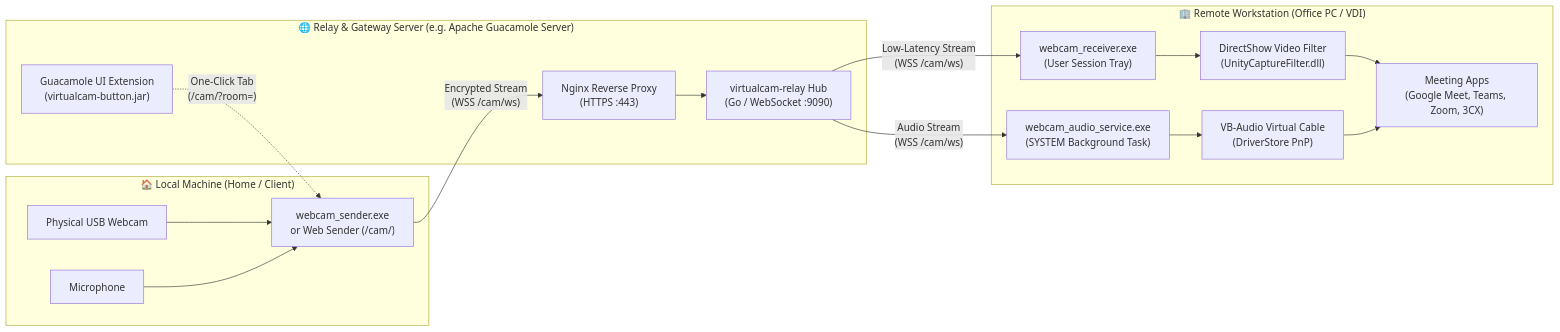
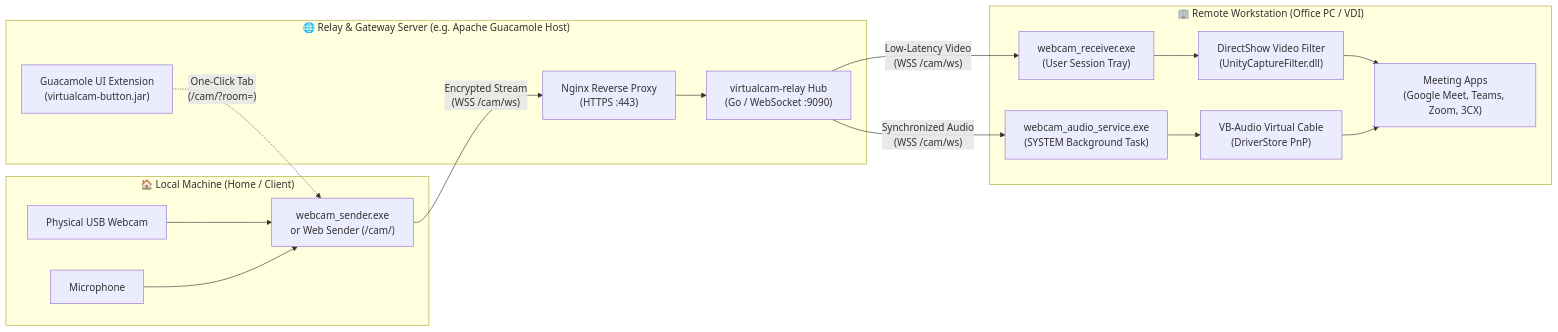
One commit to met989/Webcam-Virtual-Apache-Guacamole changed the diagram in README.md. Above: the diagram before and after it, drawn with Mermaid. The commit also changed other lines of this file and 16 other files, not shown here.

````diff
--- a/README.md
+++ b/README.md
@@ -11,35 +11,35 @@
 ```mermaid
 flowchart LR
     subgraph LocalPC["🏠 Local Machine (Home / Client)"]
         Cam["Physical USB Webcam"]
         Mic["Microphone"]
         Sender["webcam_sender.exe\nor Web Sender (/cam/)"]
         Cam --> Sender
         Mic --> Sender
     end
 
-    subgraph Server["🌐 Relay & Gateway Server (e.g. Apache Guacamole Server)"]
+    subgraph Server["🌐 Relay & Gateway Server (e.g. Apache Guacamole Host)"]
         Nginx["Nginx Reverse Proxy\n(HTTPS :443)"]
         Relay["virtualcam-relay Hub\n(Go / WebSocket :9090)"]
         Ext["Guacamole UI Extension\n(virtualcam-button.jar)"]
         Nginx --> Relay
     end
 
     subgraph RemotePC["🏢 Remote Workstation (Office PC / VDI)"]
         Recv["webcam_receiver.exe\n(User Session Tray)"]
         AudioSvc["webcam_audio_service.exe\n(SYSTEM Background Task)"]
         DShow["DirectShow Video Filter\n(UnityCaptureFilter.dll)"]
         VBCable["VB-Audio Virtual Cable\n(DriverStore PnP)"]
         Apps["Meeting Apps\n(Google Meet, Teams, Zoom, 3CX)"]
 
         Recv --> DShow
         AudioSvc --> VBCable
         DShow --> Apps
         VBCable --> Apps
     end
 
     Sender -- "Encrypted Stream\n(WSS /cam/ws)" --> Nginx
-    Relay -- "Low-Latency Stream\n(WSS /cam/ws)" --> Recv
-    Relay -- "Audio Stream\n(WSS /cam/ws)" --> AudioSvc
+    Relay -- "Low-Latency Video\n(WSS /cam/ws)" --> Recv
+    Relay -- "Synchronized Audio\n(WSS /cam/ws)" --> AudioSvc
     Ext -. "One-Click Tab\n(/cam/?room=<host>)" .-> Sender
 ```
````
